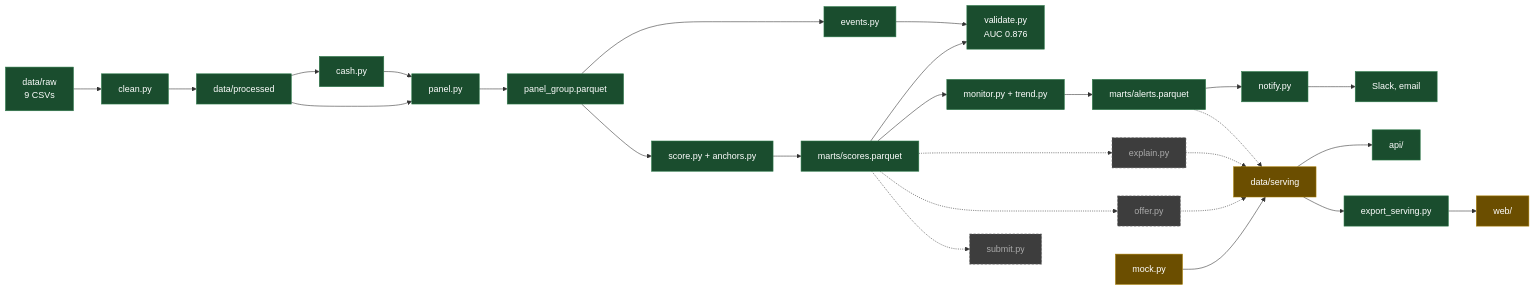
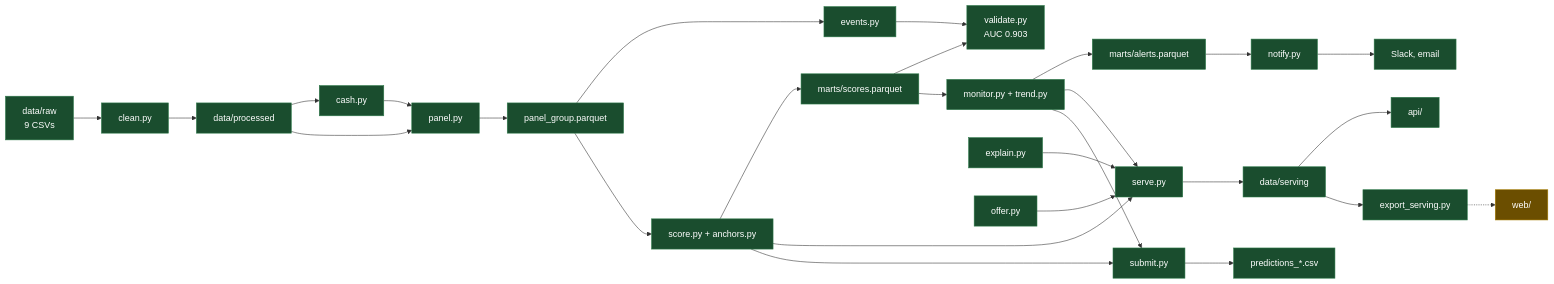
One commit to felipemagr/hackspain changed the diagram in docs/status.md. Above: the diagram before and after it, drawn with Mermaid. The commit also changed other lines of this file and 30 other files, not shown here.

````diff
--- a/docs/status.md
+++ b/docs/status.md
@@ -56,25 +57,22 @@
 ```mermaid
 flowchart LR
     raw["data/raw<br/>9 CSVs"] --> clean["clean.py"] --> proc["data/processed"]
     proc --> cash["cash.py"] --> panel["panel.py"]
     proc --> panel
     panel --> pg["panel_group.parquet"]
-    pg --> events["events.py"] --> val["validate.py<br/>AUC 0.876"]
+    pg --> events["events.py"] --> val["validate.py<br/>AUC 0.903"]
     pg --> score["score.py + anchors.py"] --> sc["marts/scores.parquet"]
     sc --> val
     sc --> monitor["monitor.py + trend.py"] --> al["marts/alerts.parquet"]
     al --> notify["notify.py"] --> out["Slack, email"]
-    sc -.-> explain["explain.py"] & offer["offer.py"] & submit["submit.py"]
-    explain & offer -.-> serving["data/serving"]
-    al -.-> serving
-    mock["mock.py"] --> serving
+    score & monitor & explain["explain.py"] & offer["offer.py"] --> serve["serve.py"] --> serving["data/serving"]
+    score & monitor --> submit["submit.py"] --> pred["predictions_*.csv"]
     serving --> api["api/"]
-    serving --> exp["export_serving.py"] --> web["web/"]
+    serving --> exp["export_serving.py"] -.-> web["web/"]
 
     classDef built fill:#1a4d2e,stroke:#2d7a4a,color:#fff
     classDef mock fill:#6b4e00,stroke:#a67c00,color:#fff
     classDef todo fill:#3d3d3d,stroke:#666,color:#aaa,stroke-dasharray: 4 3
-    class raw,clean,proc,cash,panel,pg,events,score,sc,val,exp,api,monitor,al,notify,out built
-    class mock,serving,web mock
-    class explain,offer,submit todo
+    class raw,clean,proc,cash,panel,pg,events,score,sc,val,exp,api,monitor,al,notify,out,explain,offer,serve,serving,submit,pred built
+    class web mock
 ```
````
